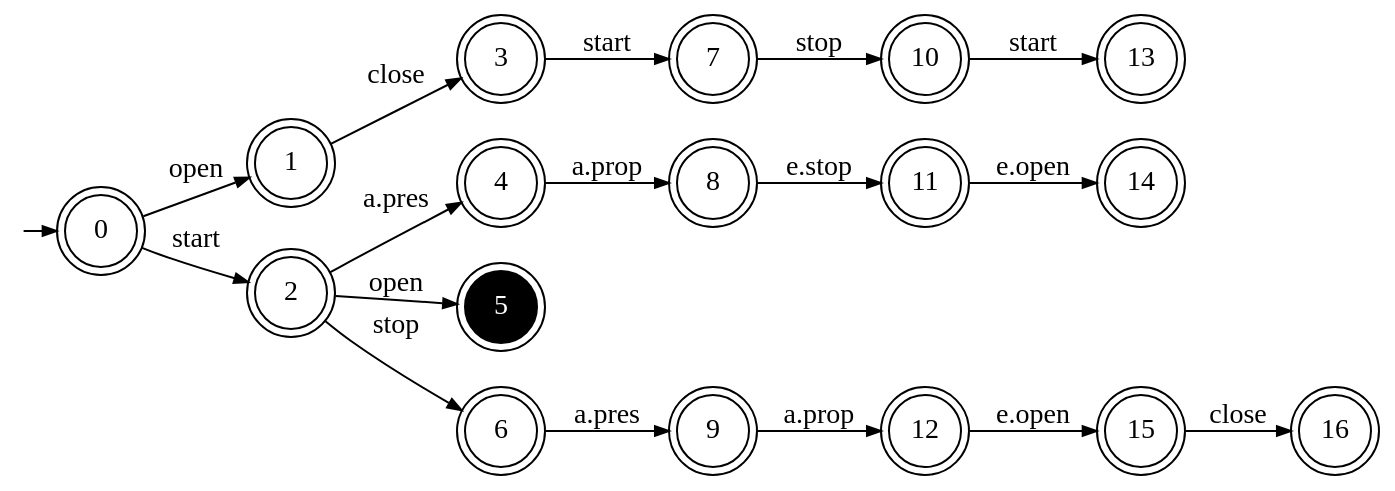
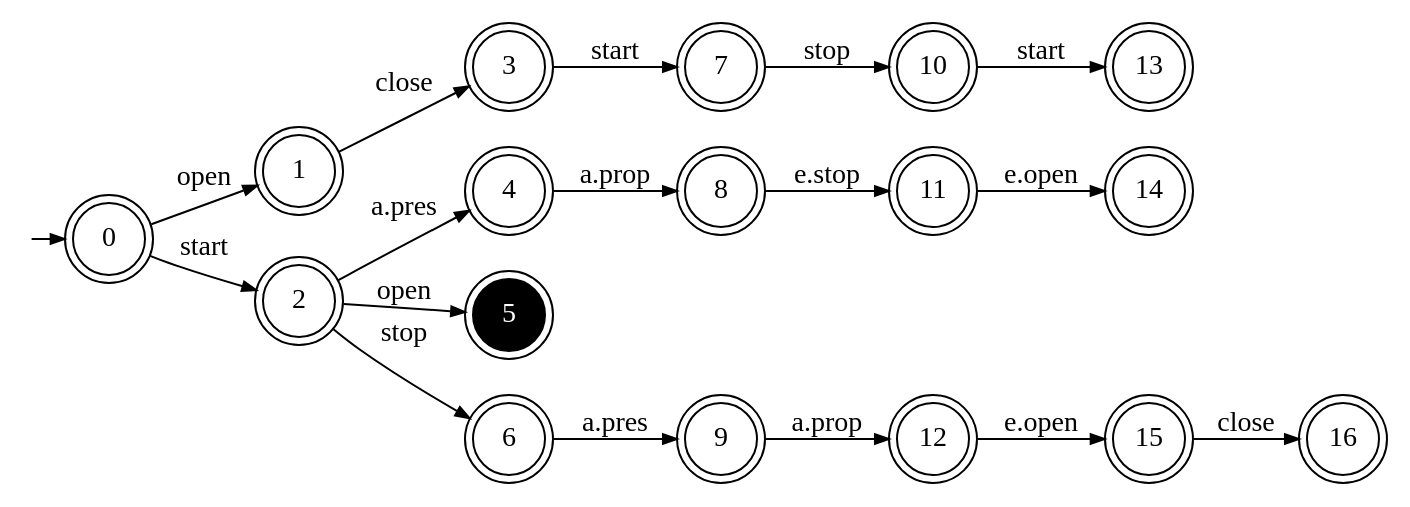
One commit to blambeau/phd changed the diagram in writing/src/4-inductive/images/augmented-pta.dot. Above: the diagram before and after it, drawn with Graphviz. The commit also changed 18 other files, not shown here.

```diff
--- a/writing/src/4-inductive/images/augmented-pta.dot
+++ b/writing/src/4-inductive/images/augmented-pta.dot
@@ -1,27 +1,27 @@
 digraph "0"{
-  graph [pack=true rankdir=LR ranksep=0 margin=0 bgcolor=transparent];
+  graph [pack=true rankdir=LR ranksep=0 margin=0];
   node [shape=doublecircle color=black width=0.5 height=0.5 fixedsize=true]
   edge [arrowsize=0.7]
 
   zz [label="" color="white" fillcolor="white" shape="circle" style="filled" 
       width=0.05 height=0.05 fixedsize=true ];
   zz -> 0 [label=""];
 
   "0" -> "1" [ label="open"]
   "0" -> "2" [ label="start"]
   "1" -> "3" [ label="close"]
   "2" -> "4" [ label="a.pres"]
   "2" -> "5" [ label="open" ]
   "2" -> "6" [ label="stop"]
   "3" -> "7" [ label="start"]
   "4" -> "8" [ label="a.prop"]
   "6" -> "9" [ label="a.pres"]
   "7" -> "10" [ label="stop"]
   "8" -> "11" [ label="e.stop"]
   "9" -> "12" [ label="a.prop"]
   "10" -> "13" [ label="start"]
   "11" -> "14" [ label="e.open"]
   "12" -> "15" [ label="e.open"]
   "15" -> "16" [ label="close"]
   "5" [ fontcolor=white fillcolor="black" style="filled" color=black]
 }
```
